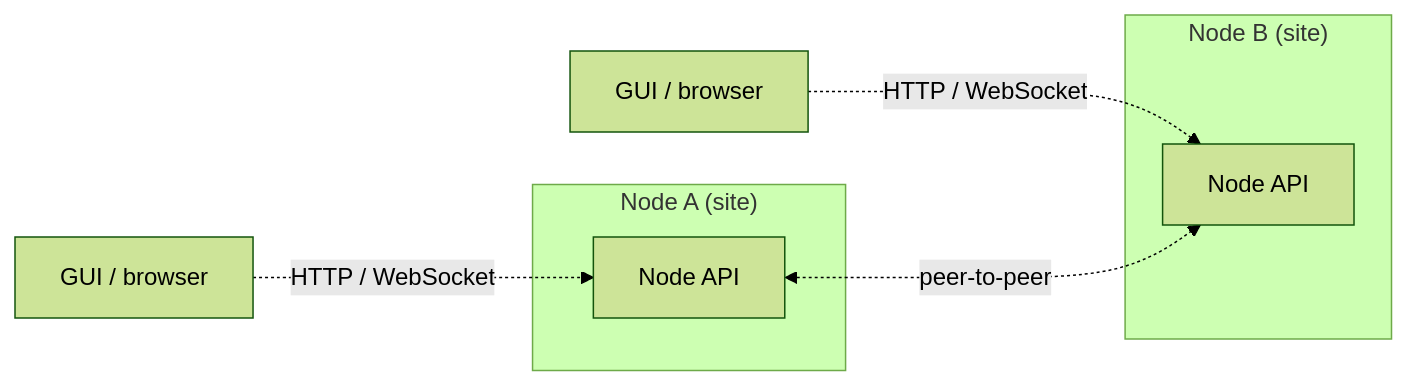
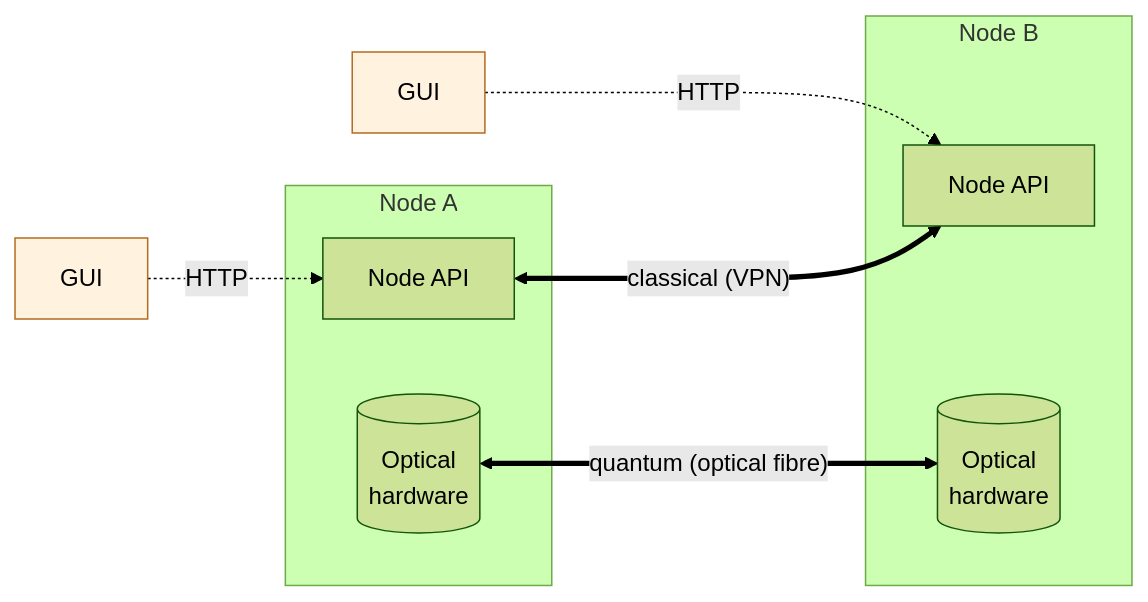
Before and after one commit to PublicQuantumNetwork/pqn-docs: the first of 5 diagrams in docs/overview/software-map.md, drawn with Mermaid (forest theme). The commit also changed other lines of this file and 10 other files, not shown here.

````diff
--- a/docs/overview/software-map.md
+++ b/docs/overview/software-map.md
@@ -13,14 +19,19 @@
 ```{mermaid}
 flowchart LR
-    subgraph NodeA["Node A (site)"]
+    GUIA[GUI]:::client
+    GUIB[GUI]:::client
+    subgraph NodeA["Node A"]
         APIA[Node API]
+        InstrA[(Optical<br/>hardware)]
     end
-    subgraph NodeB["Node B (site)"]
+    subgraph NodeB["Node B"]
         APIB[Node API]
+        InstrB[(Optical<br/>hardware)]
     end
-    GUIA[GUI / browser]
-    GUIB[GUI / browser]
-    GUIA -.HTTP / WebSocket.-> APIA
-    GUIB -.HTTP / WebSocket.-> APIB
-    APIA <-.peer-to-peer.-> APIB
+    GUIA -.HTTP.-> APIA
+    GUIB -.HTTP.-> APIB
+    APIA <==>|"classical (VPN)"| APIB
+    InstrA <==>|"quantum (optical fibre)"| InstrB
+
+    classDef client fill:#fff3e0,stroke:#b36b1f;
 ```
````
